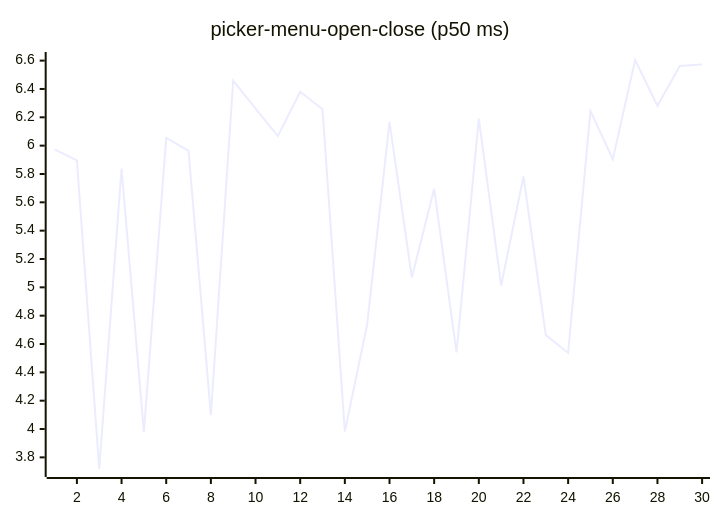
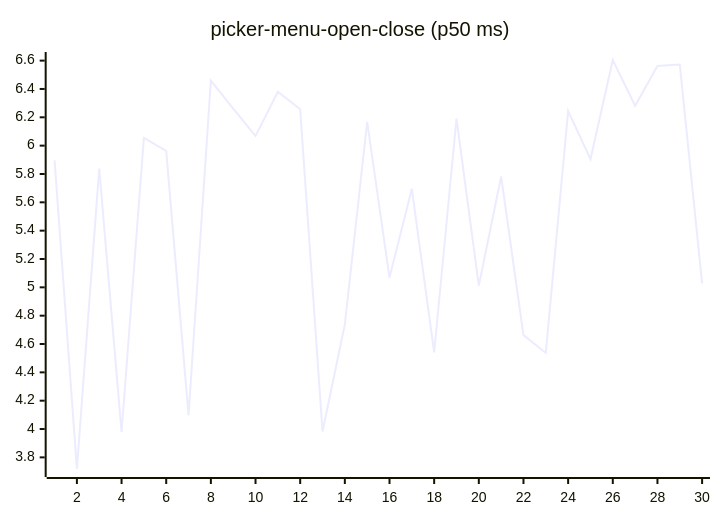
Diagram 16 of 27 in README.md (josha/Facet), drawn with Mermaid before and after one commit. The commit also changed other lines of this file and 2 other files, not shown here.

````diff
--- a/README.md
+++ b/README.md
@@ -168,6 +168,6 @@
 ```mermaid
 xychart-beta
     title "picker-menu-open-close (p50 ms)"
     x-axis 1 --> 30
-    line [5.9733, 5.8960, 3.7179, 5.8378, 3.9788, 6.0543, 5.9629, 4.0972, 6.4594, 6.2618, 6.0678, 6.3801, 6.2569, 3.9826, 4.7388, 6.1676, 5.0690, 5.6954, 4.5402, 6.1912, 5.0120, 5.7822, 4.6627, 4.5372, 6.2442, 5.9038, 6.6044, 6.2815, 6.5623, 6.5728]
+    line [5.8960, 3.7179, 5.8378, 3.9788, 6.0543, 5.9629, 4.0972, 6.4594, 6.2618, 6.0678, 6.3801, 6.2569, 3.9826, 4.7388, 6.1676, 5.0690, 5.6954, 4.5402, 6.1912, 5.0120, 5.7822, 4.6627, 4.5372, 6.2442, 5.9038, 6.6044, 6.2815, 6.5623, 6.5728, 5.0278]
 ```
````
